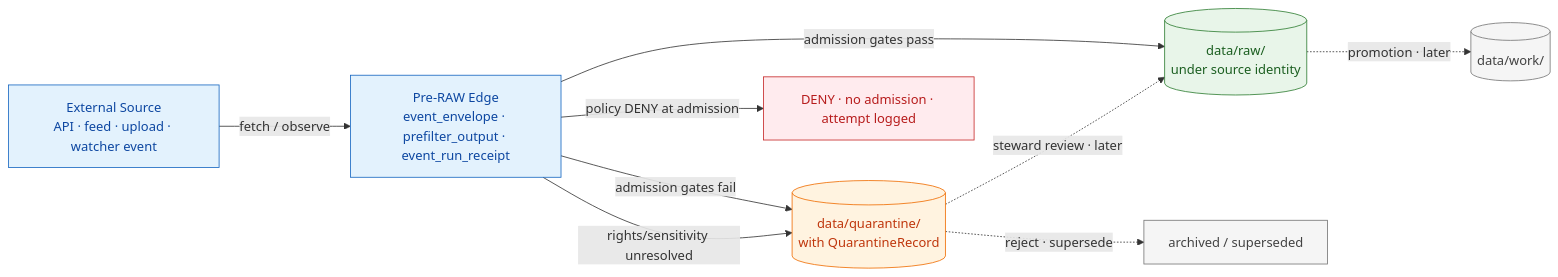
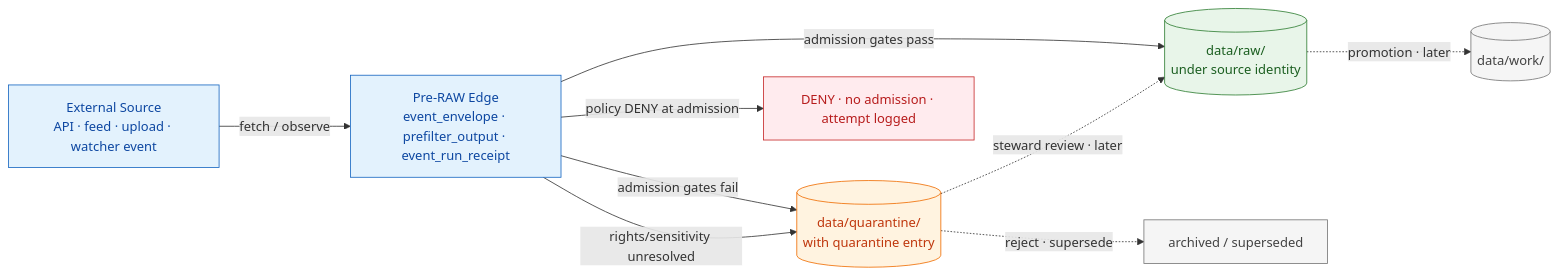
Before and after one commit to bartytime4life/Kansas-Frontier-Matrix: the first of 4 diagrams in docs/sources/ADMISSION_PROCESS.md, drawn with Mermaid. The commit also changed other lines of this file, not shown here.

````diff
--- a/docs/sources/ADMISSION_PROCESS.md
+++ b/docs/sources/ADMISSION_PROCESS.md
@@ -163,23 +181,23 @@
 ```mermaid
 flowchart LR
     EXT[External Source<br/>API · feed · upload · watcher event] -->|fetch / observe| PRE[Pre-RAW Edge<br/>event_envelope · prefilter_output · event_run_receipt]
     PRE -->|admission gates pass| RAW[(data/raw/<br/>under source identity)]
-    PRE -->|admission gates fail| Q[(data/quarantine/<br/>with QuarantineRecord)]
+    PRE -->|admission gates fail| Q[(data/quarantine/<br/>with quarantine entry)]
     PRE -->|rights/sensitivity unresolved| Q
     PRE -->|policy DENY at admission| DEN[DENY · no admission · attempt logged]
     RAW -.->|promotion · later| WORK[(data/work/)]
     Q -.->|steward review · later| RAW
     Q -.->|reject · supersede| ARC[archived / superseded]
 
     classDef admit fill:#e8f5e9,stroke:#2e7d32,color:#1b5e20;
     classDef quar fill:#fff3e0,stroke:#ef6c00,color:#bf360c;
     classDef deny fill:#ffebee,stroke:#c62828,color:#b71c1c;
     classDef ext fill:#e3f2fd,stroke:#1565c0,color:#0d47a1;
     classDef downstream fill:#f5f5f5,stroke:#757575,color:#424242;
 
     class EXT,PRE ext;
     class RAW admit;
     class Q quar;
     class DEN deny;
     class WORK,ARC downstream;
 ```
````
